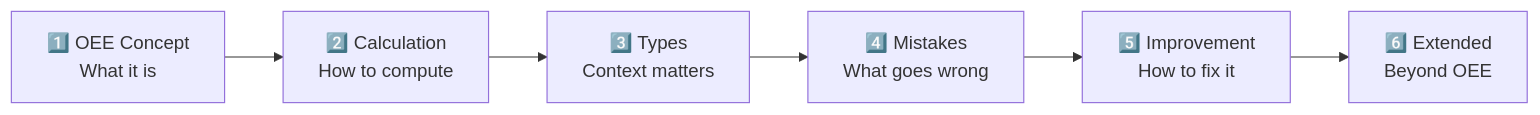
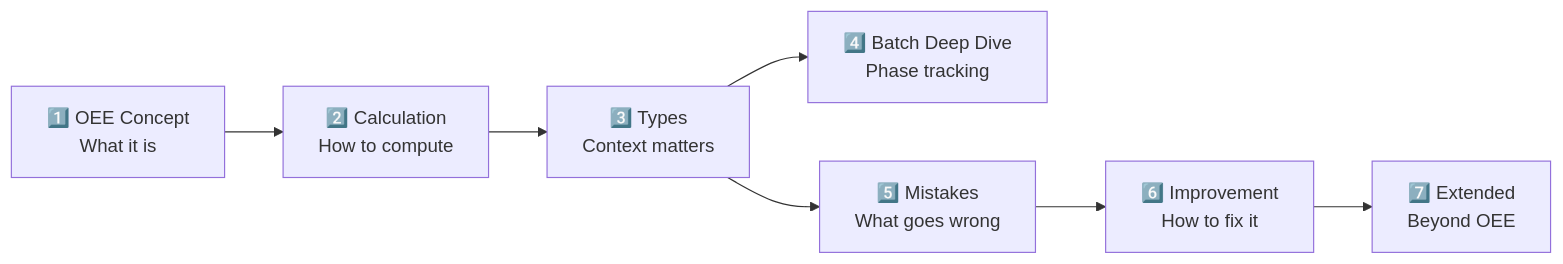
Before and after one commit to faris-isa/hermes-research: the third of 3 diagrams in content/knowledge/oee/index.md, drawn with Mermaid. The commit also changed other lines of this file and 23 other files, not shown here.

````diff
--- a/content/knowledge/oee/index.md
+++ b/content/knowledge/oee/index.md
@@ -106,8 +106,9 @@
 ```mermaid
 graph LR
     S1["1️⃣ OEE Concept<br/>What it is"] --> S2["2️⃣ Calculation<br/>How to compute"]
     S2 --> S3["3️⃣ Types<br/>Context matters"]
-    S3 --> S4["4️⃣ Mistakes<br/>What goes wrong"]
-    S4 --> S5["5️⃣ Improvement<br/>How to fix it"]
-    S5 --> S6["6️⃣ Extended<br/>Beyond OEE"]
+    S3 --> S4["4️⃣ Batch Deep Dive<br/>Phase tracking"]
+    S3 --> S5["5️⃣ Mistakes<br/>What goes wrong"]
+    S5 --> S6["6️⃣ Improvement<br/>How to fix it"]
+    S6 --> S7["7️⃣ Extended<br/>Beyond OEE"]
 ```
````
